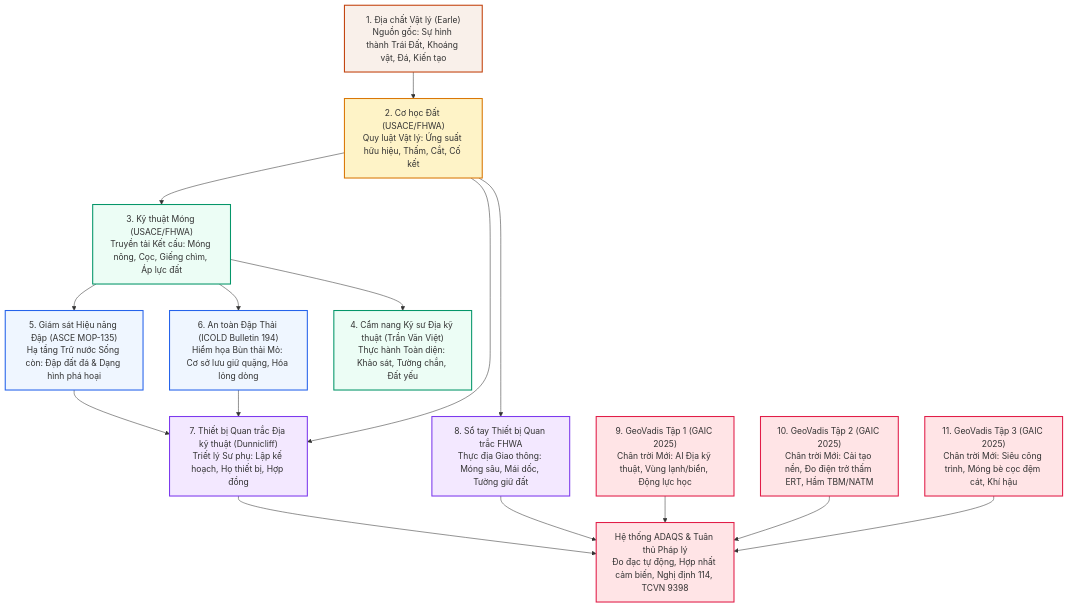
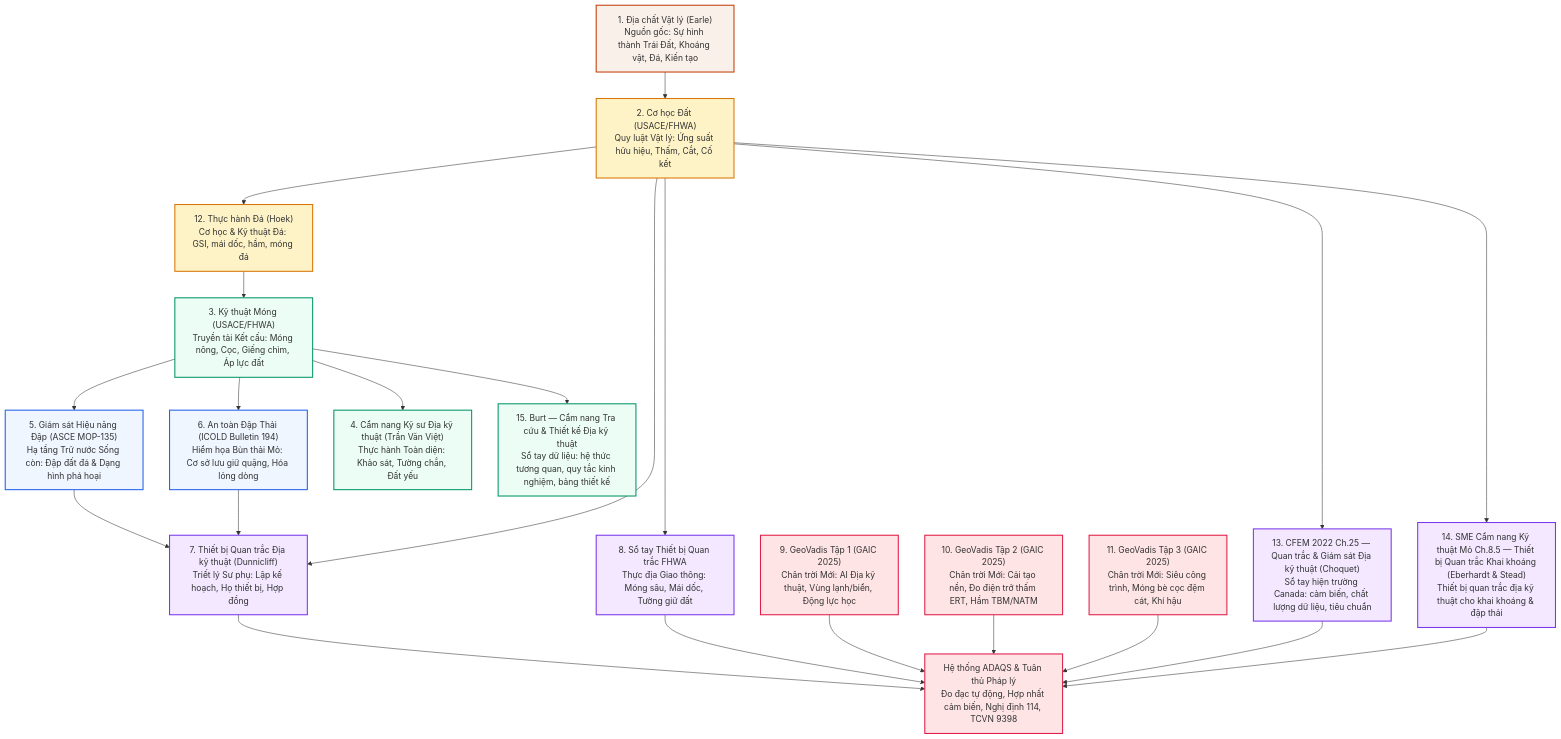
The second of 6 diagrams in docs/vi/reference-manuals/overarching-vision.md (geoinst/geoinst.github.io), drawn with Mermaid before and after one commit. The commit also changed other lines of this file and 7 other files, not shown here.

First line of the commit message:
Add Burt investigation-and-design handbook digest; refresh Grand Vision

````diff
--- a/docs/vi/reference-manuals/overarching-vision.md
+++ b/docs/vi/reference-manuals/overarching-vision.md
@@ -58,29 +59,34 @@
 ```mermaid
 graph TD
     classDef foundation fill:#f9f0ea,stroke:#c2410c,stroke-width:2px;
     classDef physics fill:#fef3c7,stroke:#d97706,stroke-width:2px;
     classDef design fill:#ecfdf5,stroke:#059669,stroke-width:2px;
     classDef hazard fill:#eff6ff,stroke:#2563eb,stroke-width:2px;
     classDef monitor fill:#f3e8ff,stroke:#7c3aed,stroke-width:2px;
     classDef system fill:#ffe4e6,stroke:#e11d48,stroke-width:2px;
 
     PG["1. Địa chất Vật lý (Earle)<br/>Nguồn gốc: Sự hình thành Trái Đất, Khoáng vật, Đá, Kiến tạo"]:::foundation
     SM["2. Cơ học Đất (USACE/FHWA)<br/>Quy luật Vật lý: Ứng suất hữu hiệu, Thấm, Cắt, Cố kết"]:::physics
     FE["3. Kỹ thuật Móng (USACE/FHWA)<br/>Truyền tải Kết cấu: Móng nông, Cọc, Giếng chìm, Áp lực đất"]:::design
     HB["4. Cẩm nang Kỹ sư Địa kỹ thuật (Trần Văn Việt)<br/>Thực hành Toàn diện: Khảo sát, Tường chắn, Đất yếu"]:::design
     DAM["5. Giám sát Hiệu năng Đập (ASCE MOP-135)<br/>Hạ tầng Trữ nước Sống còn: Đập đất đá & Dạng hình phá hoại"]:::hazard
     TLG["6. An toàn Đập Thải (ICOLD Bulletin 194)<br/>Hiểm họa Bùn thải Mỏ: Cơ sở lưu giữ quặng, Hóa lỏng dòng"]:::hazard
     DUN["7. Thiết bị Quan trắc Địa kỹ thuật (Dunnicliff)<br/>Triết lý Sư phụ: Lập kế hoạch, Họ thiết bị, Hợp đồng"]:::monitor
     FHW["8. Sổ tay Thiết bị Quan trắc FHWA<br/>Thực địa Giao thông: Móng sâu, Mái dốc, Tường giữ đất"]:::monitor
     GV1["9. GeoVadis Tập 1 (GAIC 2025)<br/>Chân trời Mới: AI Địa kỹ thuật, Vùng lạnh/biển, Động lực học"]:::system
     GV2["10. GeoVadis Tập 2 (GAIC 2025)<br/>Chân trời Mới: Cải tạo nền, Đo điện trở thấm ERT, Hầm TBM/NATM"]:::system
     GV3["11. GeoVadis Tập 3 (GAIC 2025)<br/>Chân trời Mới: Siêu công trình, Móng bè cọc đệm cát, Khí hậu"]:::system
+    PRE["12. Thực hành Đá (Hoek)<br/>Cơ học & Kỹ thuật Đá: GSI, mái dốc, hầm, móng đá"]:::physics
+    CFEM["13. CFEM 2022 Ch.25 — Quan trắc & Giám sát Địa kỹ thuật (Choquet)<br/>Sổ tay hiện trường Canada: cảm biến, chất lượng dữ liệu, tiêu chuẩn"]:::monitor
+    SME["14. SME Cẩm nang Kỹ thuật Mỏ Ch.8.5 — Thiết bị Quan trắc Khai khoáng (Eberhardt & Stead)<br/>Thiết bị quan trắc địa kỹ thuật cho khai khoáng & đập thải"]:::monitor
+    BURT["15. Burt — Cẩm nang Tra cứu & Thiết kế Địa kỹ thuật<br/>Sổ tay dữ liệu: hệ thức tương quan, quy tắc kinh nghiệm, bảng thiết kế"]:::design
     ADA["Hệ thống ADAQS & Tuân thủ Pháp lý<br/>Đo đạc tự động, Hợp nhất cảm biến, Nghị định 114, TCVN 9398"]:::system
 
-    PG --> SM --> FE --> DAM & TLG
+    PG --> SM --> PRE --> FE --> DAM & TLG
     FE --> HB
-    SM --> DUN & FHW
+    FE --> BURT
+    SM --> DUN & FHW & CFEM & SME
     DAM & TLG --> DUN
-    DUN & FHW --> ADA
+    DUN & FHW & CFEM & SME --> ADA
     GV1 & GV2 & GV3 --> ADA
 ```
````
